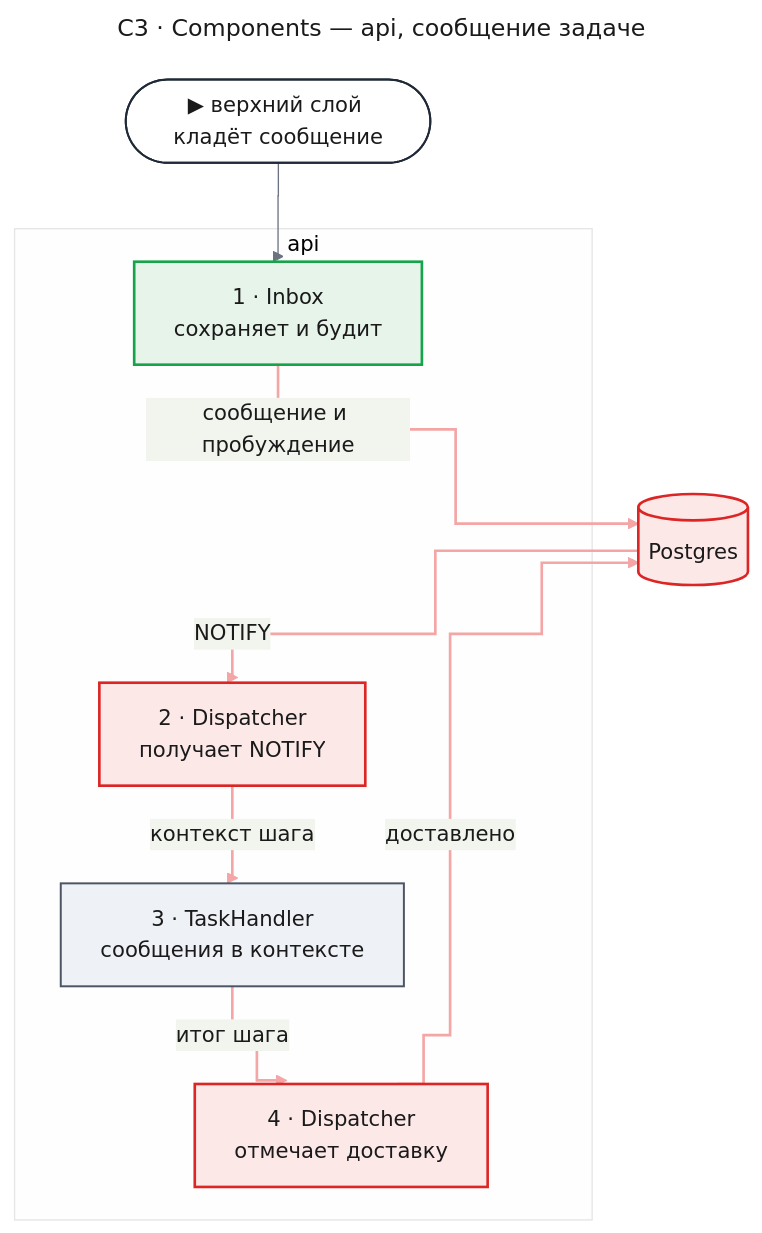
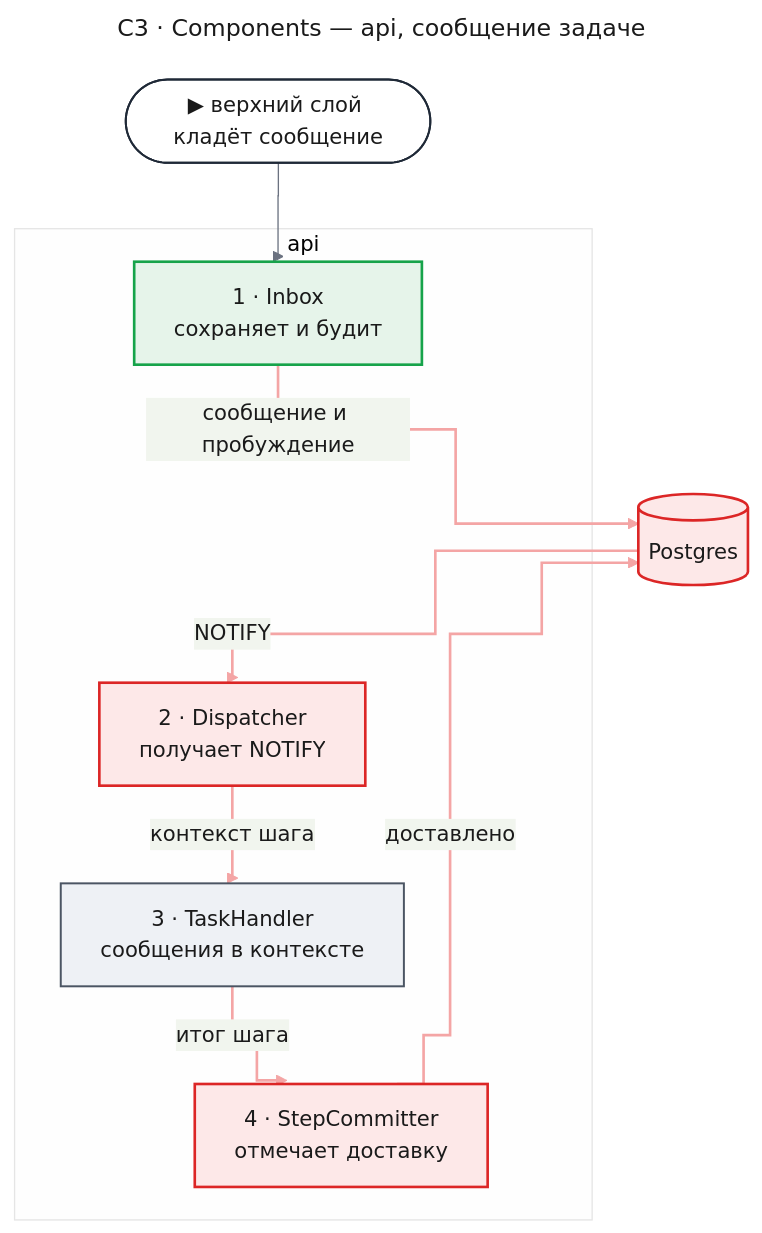
The fifth of 12 diagrams in docs/features/agent-platform/design-runtime.md (tundraray/agent-os), drawn with Mermaid before and after one commit. The commit also changed other lines of this file and 1225 other files, not shown here.

````diff
--- a/docs/features/agent-platform/design-runtime.md
+++ b/docs/features/agent-platform/design-runtime.md
@@ -367,50 +359,50 @@
 ```mermaid
 ---
 title: "C3 · Components — api, сообщение задаче"
 config:
   theme: base
   look: classic
   themeVariables:
     primaryColor: "#eef1f5"
     primaryBorderColor: "#4b5563"
     primaryTextColor: "#1a1a1a"
     lineColor: "#6b7280"
   flowchart:
     curve: step
   themeCSS: |
     @keyframes lit_c3m{0%,18%{stroke:#991b1b;stroke-width:6px}20%,100%{stroke:#f4a5a5;stroke-width:2px}}
 ---
 flowchart TB
     entry(["▶ верхний слой кладёт сообщение"])
     subgraph api["api"]
         i1["1 · Inbox<br/>сохраняет и будит"]
         d2["2 · Dispatcher<br/>получает NOTIFY"]
         h2["3 · TaskHandler<br/>сообщения в контексте"]
-        c2["4 · Dispatcher<br/>отмечает доставку"]
+        c2["4 · StepCommitter<br/>отмечает доставку"]
     end
     db[("Postgres")]
     entry --> i1
     i1 e1@-->|"сообщение и пробуждение"| db
     db e2@-->|"NOTIFY"| d2
     d2 e3@-->|"контекст шага"| h2
     h2 e4@-->|"итог шага"| c2
     c2 e5@-->|"доставлено"| db
     classDef entry fill:#ffffff,stroke:#1f2937,stroke-width:1.5px,color:#1a1a1a
     classDef changed fill:#fde8e8,stroke:#dc2626,stroke-width:2px,color:#1a1a1a
     classDef new fill:#e6f4ea,stroke:#16a34a,stroke-width:2px,color:#1a1a1a
     classDef unchanged fill:#eef1f5,stroke:#4b5563,stroke-width:1.5px,color:#1a1a1a
     classDef w1 stroke:#f4a5a5,stroke-width:2px,animation:lit_c3m 6s linear 0s infinite
     classDef w2 stroke:#f4a5a5,stroke-width:2px,animation:lit_c3m 6s linear 1.2s infinite
     classDef w3 stroke:#f4a5a5,stroke-width:2px,animation:lit_c3m 6s linear 2.4s infinite
     classDef w4 stroke:#f4a5a5,stroke-width:2px,animation:lit_c3m 6s linear 3.6s infinite
     classDef w5 stroke:#f4a5a5,stroke-width:2px,animation:lit_c3m 6s linear 4.8s infinite
     class entry entry
     class d2,c2,db changed
     class i1 new
     class h2 unchanged
     class e1 w1
     class e2 w2
     class e3 w3
     class e4 w4
     class e5 w5
 ```
````
